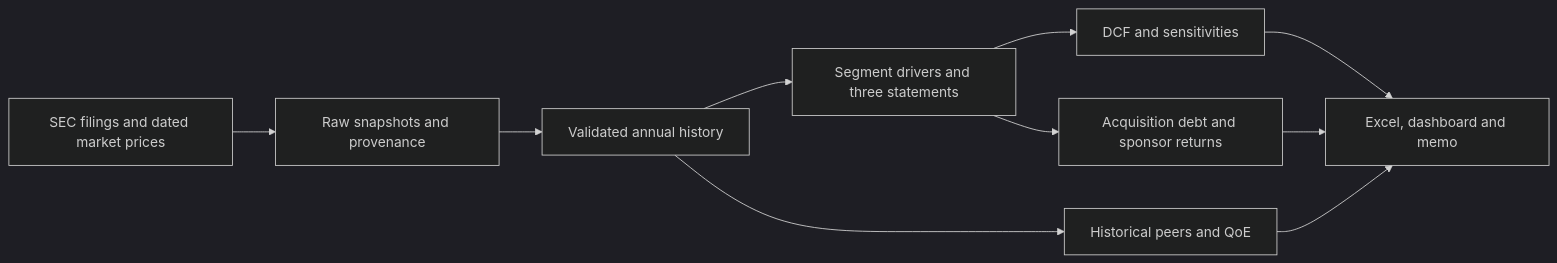
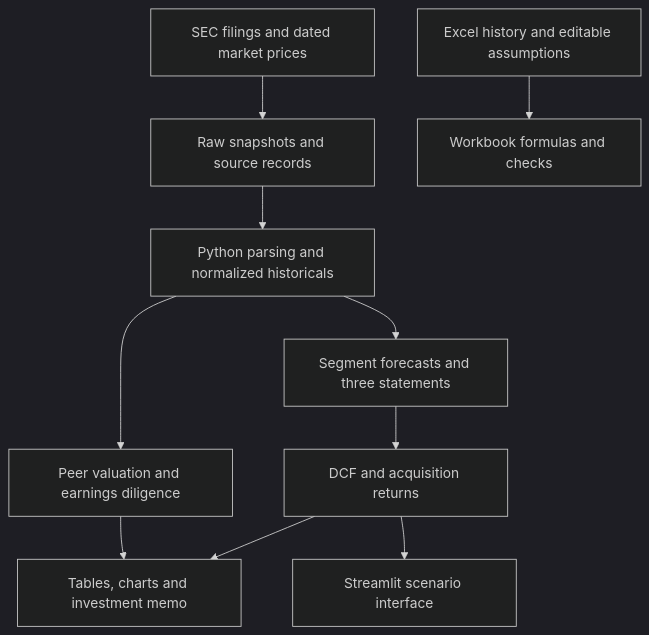
Before and after one commit to RayanJ007/acquisition-underwriting-engine: the diagram in README.md, drawn with Mermaid (dark theme). The commit also changed other lines of this file and 8 other files, not shown here.

````diff
--- a/README.md
+++ b/README.md
@@ -29,12 +35,12 @@
 ```mermaid
-flowchart LR
-    A[SEC filings and dated market prices] --> B[Raw snapshots and provenance]
-    B --> C[Validated annual history]
-    C --> D[Segment drivers and three statements]
-    D --> E[DCF and sensitivities]
-    C --> F[Historical peers and QoE]
-    D --> G[Acquisition debt and sponsor returns]
-    E --> H[Excel, dashboard and memo]
-    F --> H
-    G --> H
+flowchart TD
+    A[SEC filings and dated market prices] --> B[Raw snapshots and source records]
+    B --> C[Python parsing and normalized historicals]
+    C --> D[Segment forecasts and three statements]
+    C --> E[Peer valuation and earnings diligence]
+    D --> F[DCF and acquisition returns]
+    E --> G[Tables, charts and investment memo]
+    F --> G
+    F --> H[Streamlit scenario interface]
+    I[Excel history and editable assumptions] --> J[Workbook formulas and checks]
 ```
````
